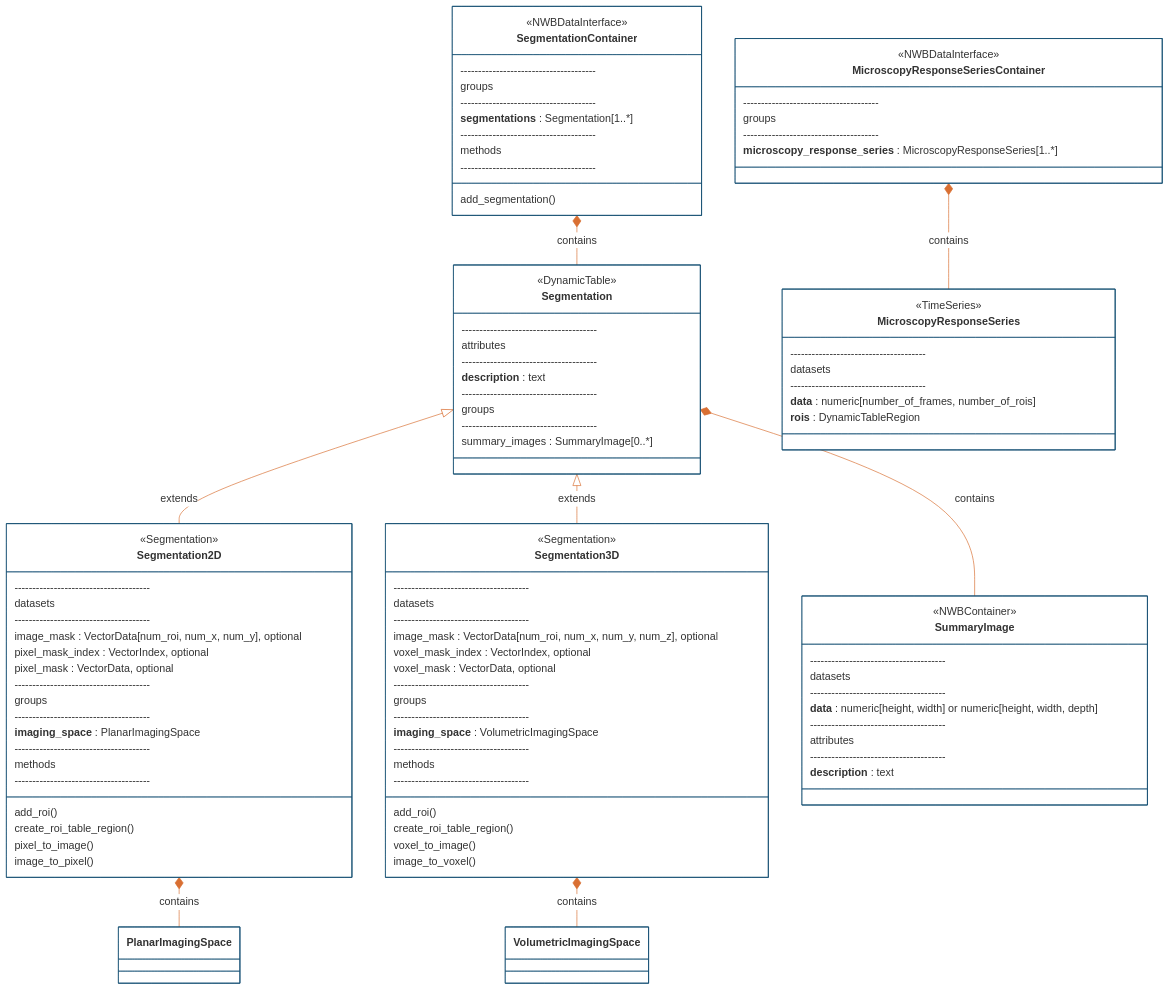
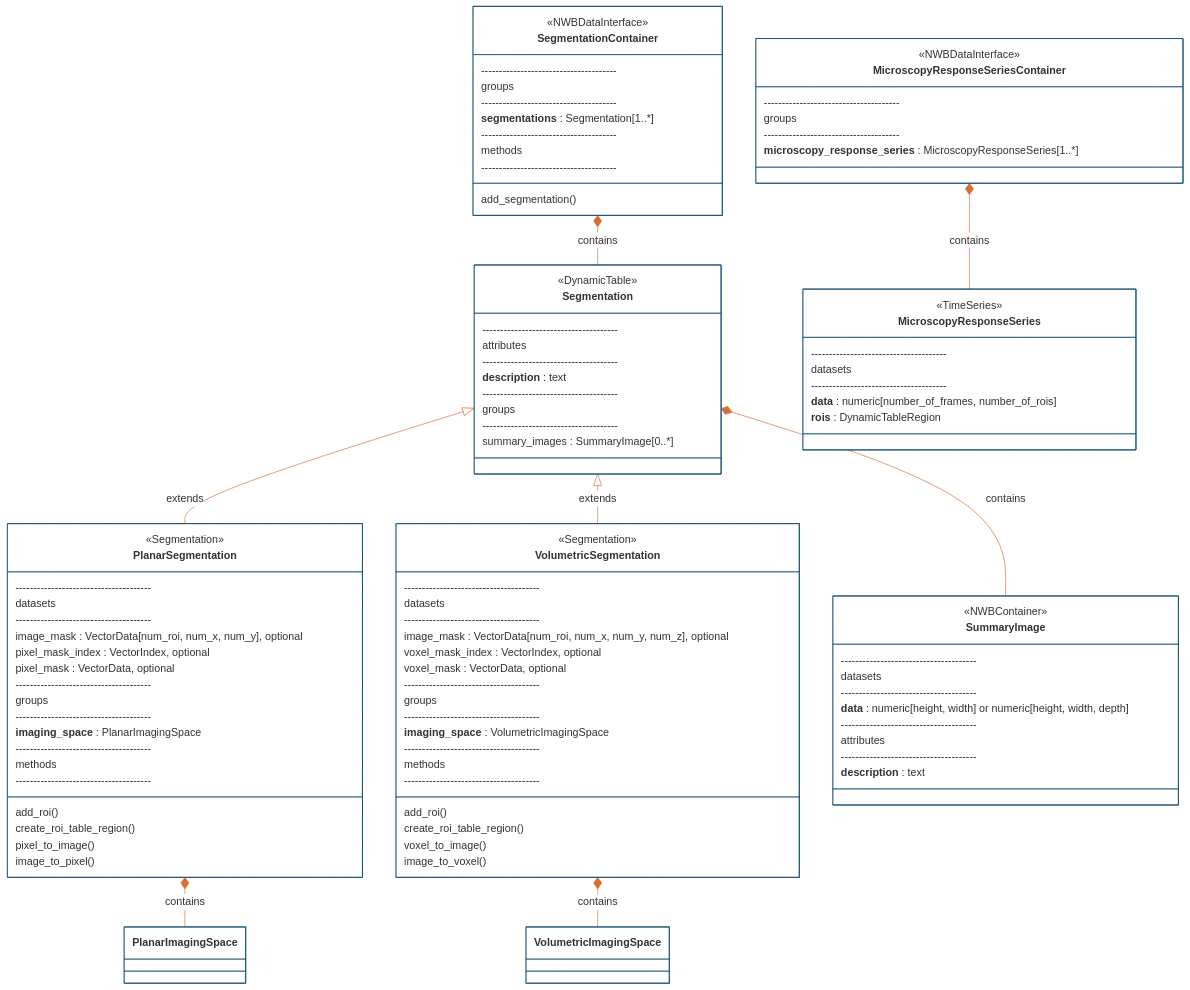
One commit to catalystneuro/ndx-microscopy changed the fourth of 4 diagrams in README.md. Above: the diagram before and after it, drawn with Mermaid. The commit also changed other lines of this file and 18 other files, not shown here.

First line of the commit message:
Rename Segmentation2D to PlanarSegmentation and Segmentation3D to VolumetricSegmentation (#64)

````diff
--- a/README.md
+++ b/README.md
@@ -429,7 +429,7 @@
         summary_images : SummaryImage[0..*]
     }
 
-    class Segmentation2D {
+    class PlanarSegmentation {
         <<Segmentation>>
         --------------------------------------
         datasets
@@ -450,7 +450,7 @@
         image_to_pixel()
     }
 
-    class Segmentation3D {
+    class VolumetricSegmentation {
         <<Segmentation>>
         --------------------------------------
         datasets
@@ -512,11 +512,11 @@
         **microscopy_response_series** : MicroscopyResponseSeries[1..*]
     }
 
-    Segmentation <|-- Segmentation2D : extends
-    Segmentation <|-- Segmentation3D : extends
+    Segmentation <|-- PlanarSegmentation : extends
+    Segmentation <|-- VolumetricSegmentation : extends
     SegmentationContainer *-- Segmentation : contains
     Segmentation *-- SummaryImage : contains
     MicroscopyResponseSeriesContainer *-- MicroscopyResponseSeries : contains
-    Segmentation2D *-- PlanarImagingSpace : contains
-    Segmentation3D *-- VolumetricImagingSpace : contains
+    PlanarSegmentation *-- PlanarImagingSpace : contains
+    VolumetricSegmentation *-- VolumetricImagingSpace : contains
 ```
````
